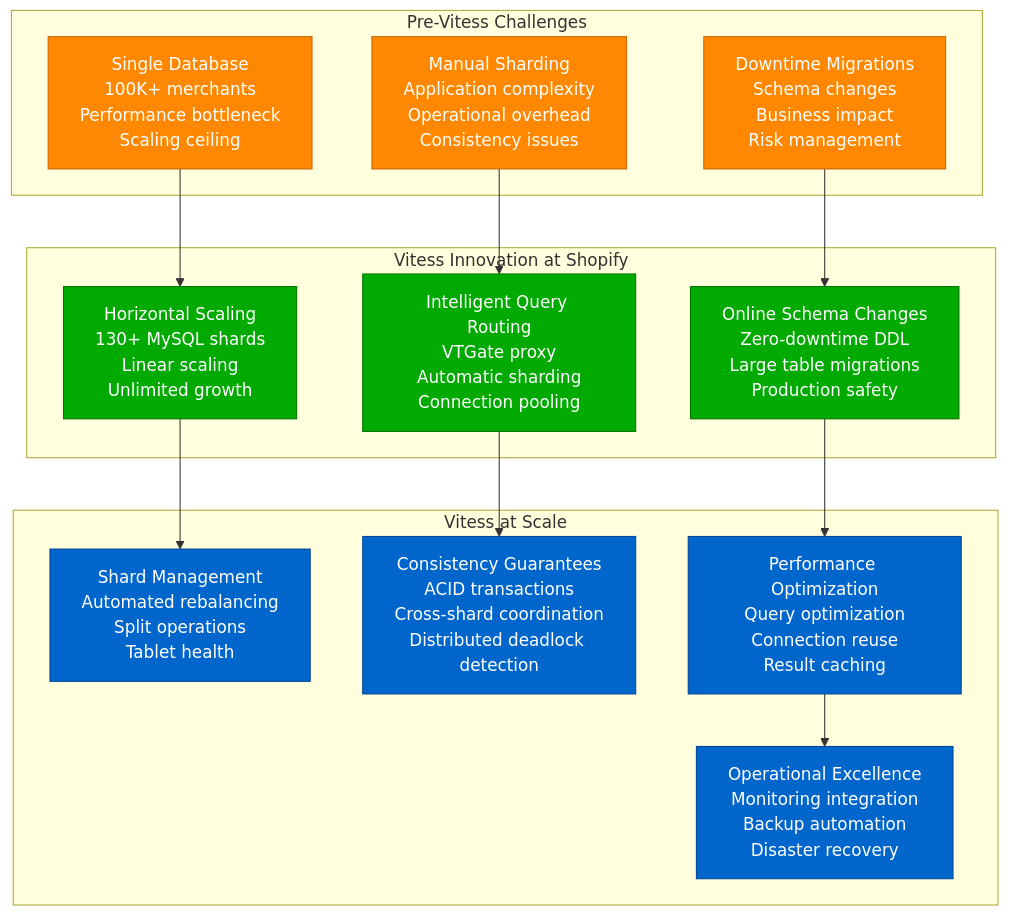
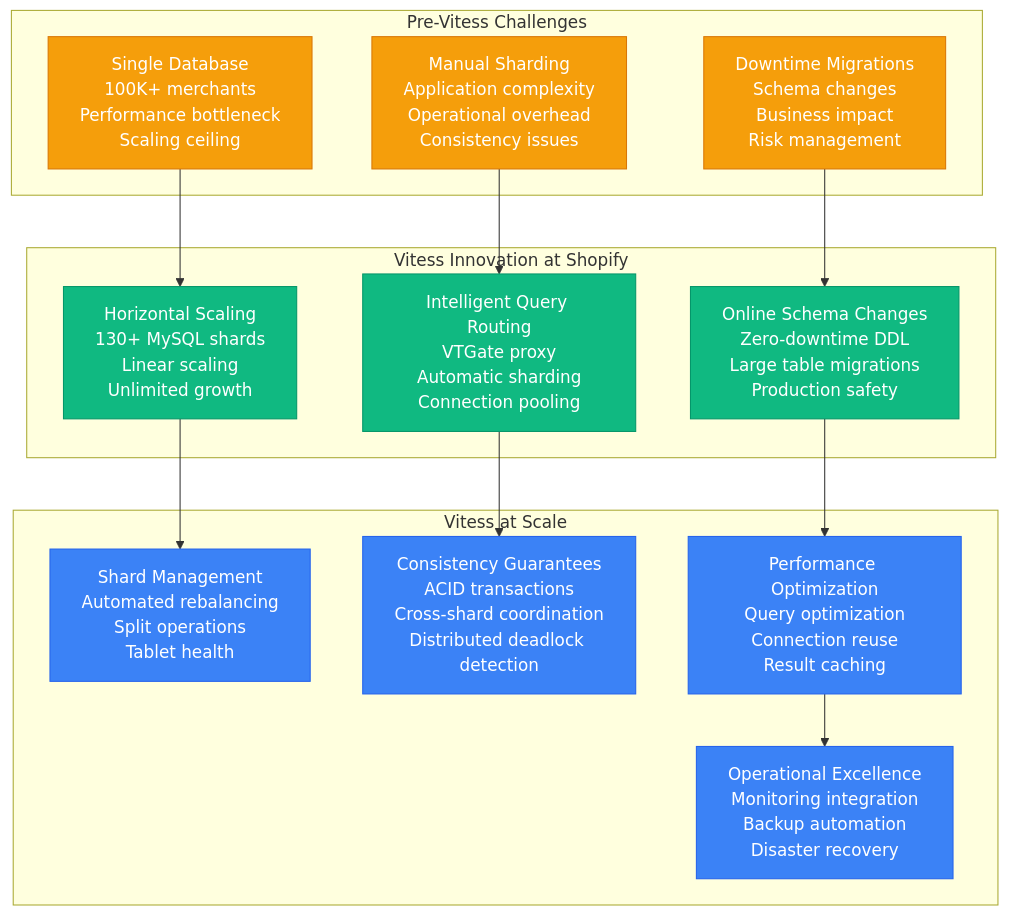
The fourth of 9 diagrams in site/docs/systems/shopify/novel-solutions.md (deepaucksharma/DS), drawn with Mermaid before and after one commit. The commit also changed other lines of this file and 303 other files, not shown here.

````diff
--- a/site/docs/systems/shopify/novel-solutions.md
+++ b/site/docs/systems/shopify/novel-solutions.md
@@ -211,40 +211,40 @@
 ```mermaid
 graph TB
     subgraph "Pre-Vitess Challenges"
         SINGLE_DB[Single Database<br/>100K+ merchants<br/>Performance bottleneck<br/>Scaling ceiling]
         MANUAL_SHARDING[Manual Sharding<br/>Application complexity<br/>Operational overhead<br/>Consistency issues]
         DOWNTIME_MIGRATIONS[Downtime Migrations<br/>Schema changes<br/>Business impact<br/>Risk management]
     end
 
     subgraph "Vitess Innovation at Shopify"
         HORIZONTAL_SCALING[Horizontal Scaling<br/>130+ MySQL shards<br/>Linear scaling<br/>Unlimited growth]
         QUERY_ROUTING[Intelligent Query Routing<br/>VTGate proxy<br/>Automatic sharding<br/>Connection pooling]
         ONLINE_DDL[Online Schema Changes<br/>Zero-downtime DDL<br/>Large table migrations<br/>Production safety]
     end
 
     %% Database evolution
     SINGLE_DB --> HORIZONTAL_SCALING
     MANUAL_SHARDING --> QUERY_ROUTING
     DOWNTIME_MIGRATIONS --> ONLINE_DDL
 
     subgraph "Vitess at Scale"
         SHARD_MANAGEMENT[Shard Management<br/>Automated rebalancing<br/>Split operations<br/>Tablet health]
         CONSISTENCY_GUARANTEES[Consistency Guarantees<br/>ACID transactions<br/>Cross-shard coordination<br/>Distributed deadlock detection]
         PERFORMANCE_OPTIMIZATION[Performance Optimization<br/>Query optimization<br/>Connection reuse<br/>Result caching]
         OPERATIONAL_EXCELLENCE[Operational Excellence<br/>Monitoring integration<br/>Backup automation<br/>Disaster recovery]
     end
 
     HORIZONTAL_SCALING --> SHARD_MANAGEMENT
     QUERY_ROUTING --> CONSISTENCY_GUARANTEES
     ONLINE_DDL --> PERFORMANCE_OPTIMIZATION
     PERFORMANCE_OPTIMIZATION --> OPERATIONAL_EXCELLENCE
 
     %% Apply Vitess colors
-    classDef challengeStyle fill:#FF8800,stroke:#CC6600,color:#fff
-    classDef innovationStyle fill:#00AA00,stroke:#007700,color:#fff
-    classDef scaleStyle fill:#0066CC,stroke:#004499,color:#fff
+    classDef challengeStyle fill:#F59E0B,stroke:#D97706,color:#fff
+    classDef innovationStyle fill:#10B981,stroke:#059669,color:#fff
+    classDef scaleStyle fill:#3B82F6,stroke:#2563EB,color:#fff
 
     class SINGLE_DB,MANUAL_SHARDING,DOWNTIME_MIGRATIONS challengeStyle
     class HORIZONTAL_SCALING,QUERY_ROUTING,ONLINE_DDL innovationStyle
     class SHARD_MANAGEMENT,CONSISTENCY_GUARANTEES,PERFORMANCE_OPTIMIZATION,OPERATIONAL_EXCELLENCE scaleStyle
 ```
````
